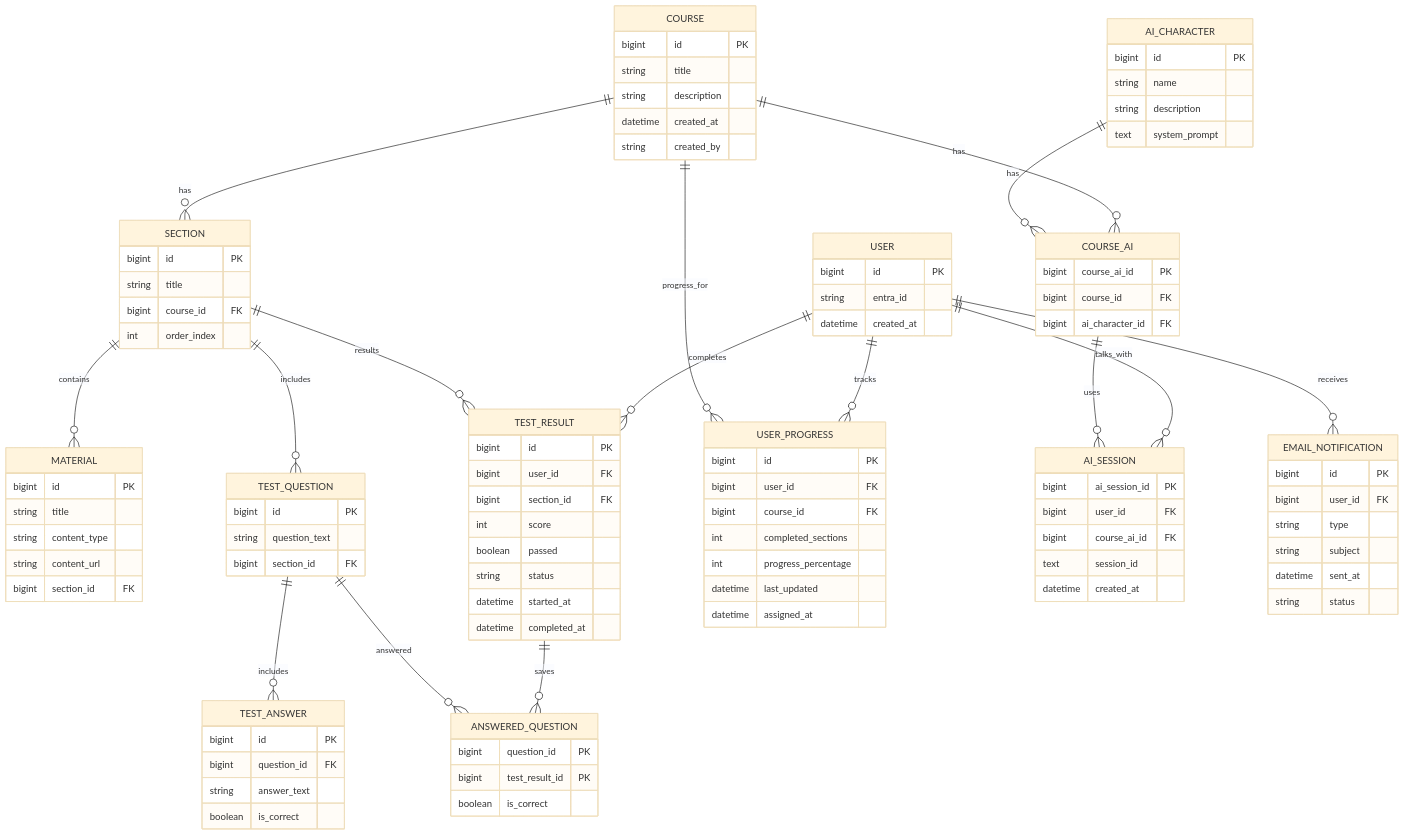
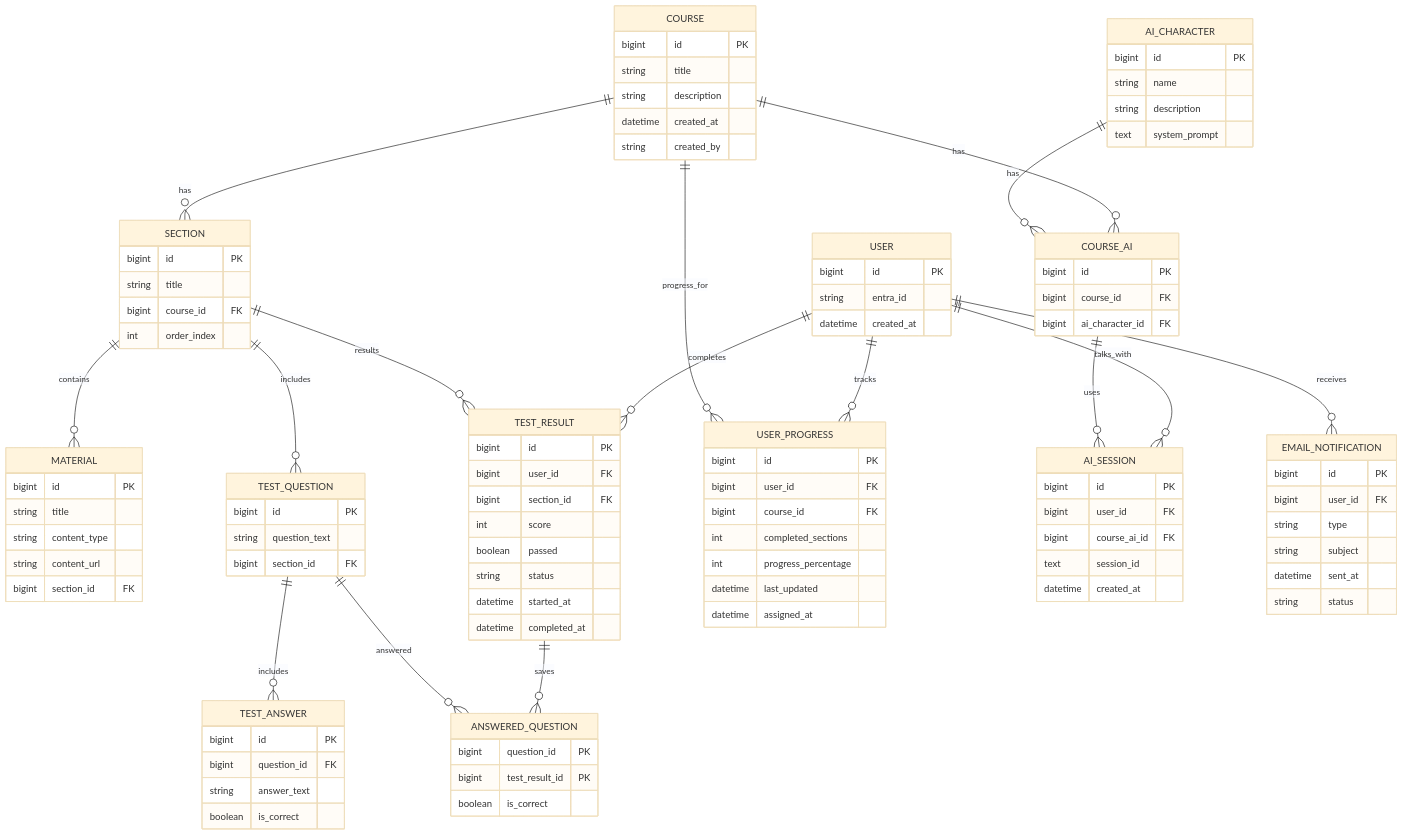
Before and after one commit to Adde2000/LIAProjekt: the diagram in JIN24/erDiagram.md, drawn with Mermaid (base theme). The commit also changed 1 other file, not shown here.

Commit message:
Sync diagrams

```diff
--- a/JIN24/erDiagram.md
+++ b/JIN24/erDiagram.md
@@ -71,13 +71,13 @@
     }
 
     COURSE_AI {
-        bigint course_ai_id PK
+        bigint id PK
         bigint course_id FK
         bigint ai_character_id FK
     }
     
     AI_SESSION {
-        bigint ai_session_id PK
+        bigint id PK
         bigint user_id FK
         bigint course_ai_id FK
         text session_id
```
